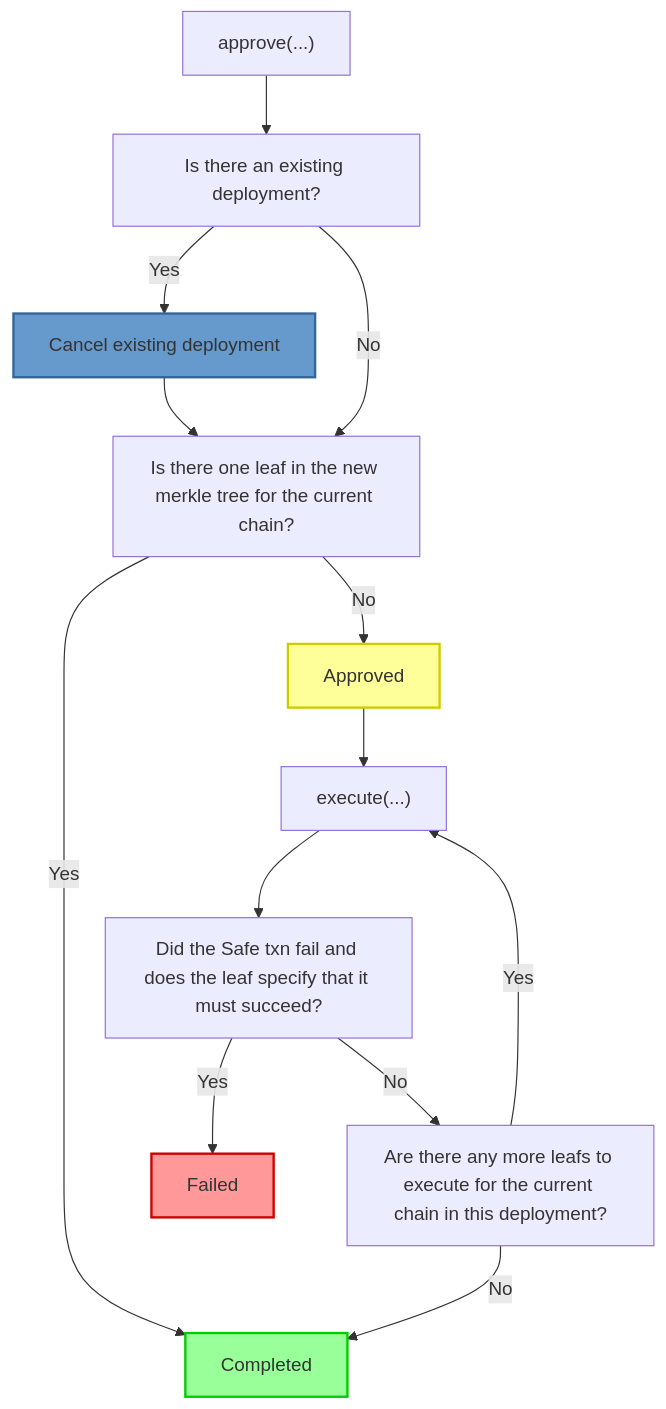
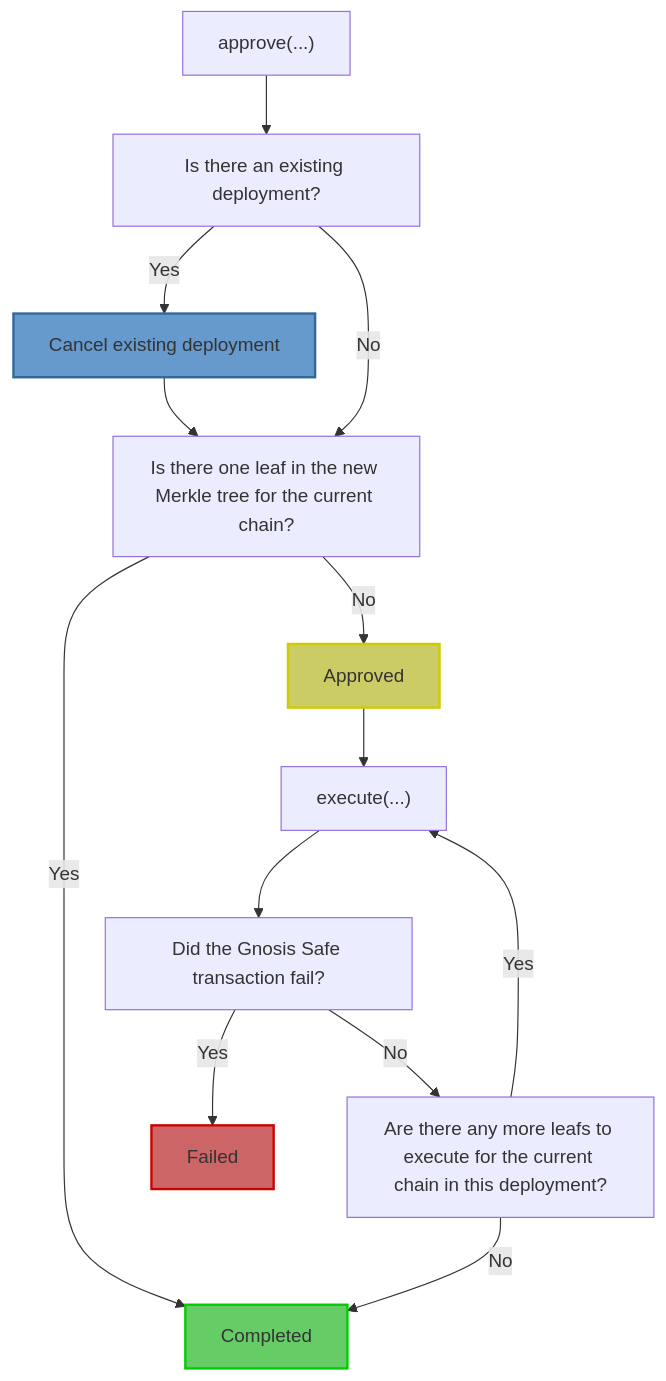
Before and after one commit to sphinx-labs/sphinx: the diagram in specs/sphinx-module-proxy.md, drawn with Mermaid. The commit also changed other lines of this file, not shown here.

````diff
--- a/specs/sphinx-module-proxy.md
+++ b/specs/sphinx-module-proxy.md
@@ -51,19 +51,19 @@
 ```mermaid
 graph TD
-    style C fill:#ffff99,stroke:#cccc00,stroke-width:2px
-    style B fill:#99ff99,stroke:#00cc00,stroke-width:2px
-    style F fill:#ff9999,stroke:#cc0000,stroke-width:2px
+    style C fill:#cccc66,stroke:#cccc00,stroke-width:2px
+    style B fill:#66cc66,stroke:#00cc00,stroke-width:2px
+    style F fill:#cc6666,stroke:#cc0000,stroke-width:2px
     style I fill:#6699cc,stroke:#336699,stroke-width:2px
     Z["approve(...)"] --> H[Is there an existing deployment?]
     H -->|Yes| I[Cancel existing deployment]
-    H -->|No| A[Is there one leaf in the new merkle tree for the current chain?]
+    H -->|No| A[Is there one leaf in the new Merkle tree for the current chain?]
     I -->A
     A -->|Yes| B[Completed]
     A -->|No| C[Approved]
     C --> D["execute(...)"]
-    D --> E[Did the Safe txn fail and does the leaf specify that it must succeed?]
+    D --> E[Did the Gnosis Safe transaction fail?]
     E -->|Yes| F[Failed]
     E -->|No| G[Are there any more leafs to execute for the current chain in this deployment?]
     G -->|Yes| D
     G -->|No| B
 ```
````
